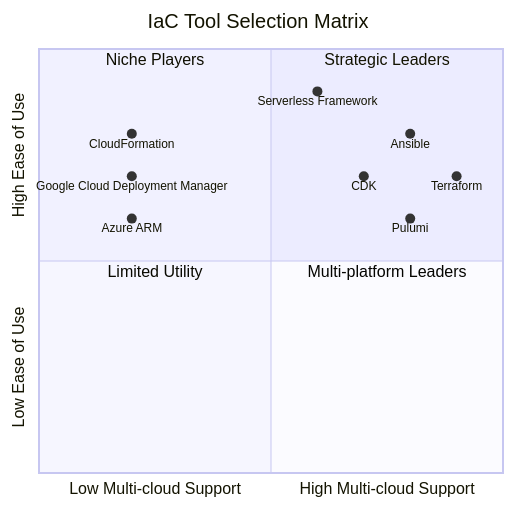
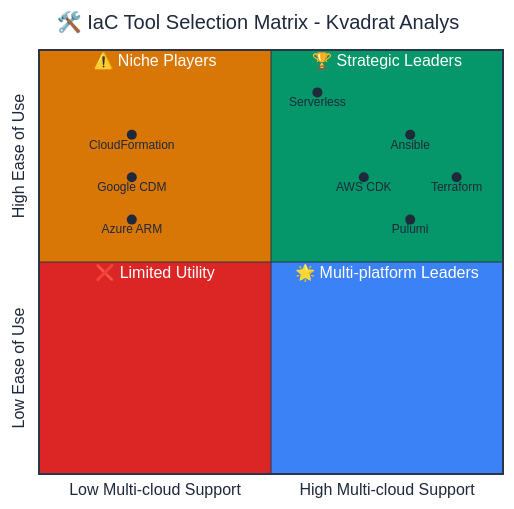
Before and after one commit to Geonitab/architecture_as_code: the diagram in docs/images/diagram_04_iac_tools_quadrant.mmd, drawn with Mermaid. The commit also changed 39 other files, not shown here.

```diff
--- a/docs/images/diagram_04_iac_tools_quadrant.mmd
+++ b/docs/images/diagram_04_iac_tools_quadrant.mmd
@@ -1,16 +1,18 @@
+%%{init: {"theme": "base", "themeVariables": {"quadrant1Fill": "#059669", "quadrant2Fill": "#d97706", "quadrant3Fill": "#dc2626", "quadrant4Fill": "#3b82f6", "quadrant1TextFill": "#ffffff", "quadrant2TextFill": "#ffffff", "quadrant3TextFill": "#ffffff", "quadrant4TextFill": "#ffffff", "primaryColor": "#1e3a8a", "primaryTextColor": "#1e293b", "fontFamily": "Inter"}}}%%
 quadrantChart
-    title IaC Tool Selection Matrix
+    title 🛠️ IaC Tool Selection Matrix - Kvadrat Analys
     x-axis Low Multi-cloud Support --> High Multi-cloud Support
     y-axis Low Ease of Use --> High Ease of Use
-    quadrant-1 Strategic Leaders
-    quadrant-2 Niche Players
-    quadrant-3 Limited Utility
-    quadrant-4 Multi-platform Leaders
+    quadrant-1 🏆 Strategic Leaders
+    quadrant-2 ⚠️ Niche Players  
+    quadrant-3 ❌ Limited Utility
+    quadrant-4 🌟 Multi-platform Leaders
+    
     Terraform: [0.9, 0.7]
     CloudFormation: [0.2, 0.8]
     Azure ARM: [0.2, 0.6]
-    Google Cloud Deployment Manager: [0.2, 0.7]
+    Google CDM: [0.2, 0.7]
     Ansible: [0.8, 0.8]
     Pulumi: [0.8, 0.6]
-    CDK: [0.7, 0.7]
-    Serverless Framework: [0.6, 0.9]
+    AWS CDK: [0.7, 0.7]
+    Serverless: [0.6, 0.9]
```
